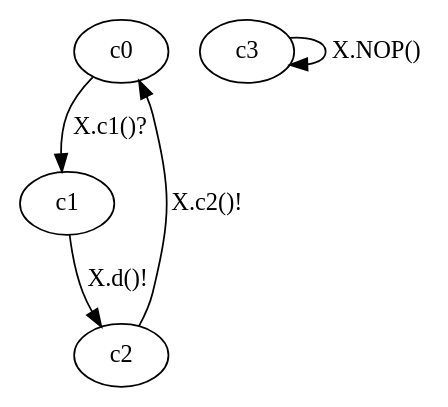
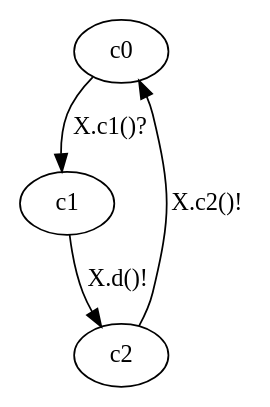
One commit to nargeskh/ControllerSynthesis changed the diagram in IO/outputPaperExample/compC.gv. Above: the diagram before and after it, drawn with Graphviz. The commit also changed 122 other files, not shown here.

```diff
--- a/IO/outputPaperExample/compC.gv
+++ b/IO/outputPaperExample/compC.gv
@@ -1,3 +1,3 @@
 digraph { 
-c0->c1[label= "X.c1()?"];c1->c2[label= "X.d()!"];c2->c0[label= "X.c2()!"];c3->c3[label= "X.NOP()"];
+c0->c1[label= "X.c1()?"];c1->c2[label= "X.d()!"];c2->c0[label= "X.c2()!"];
 }
```
